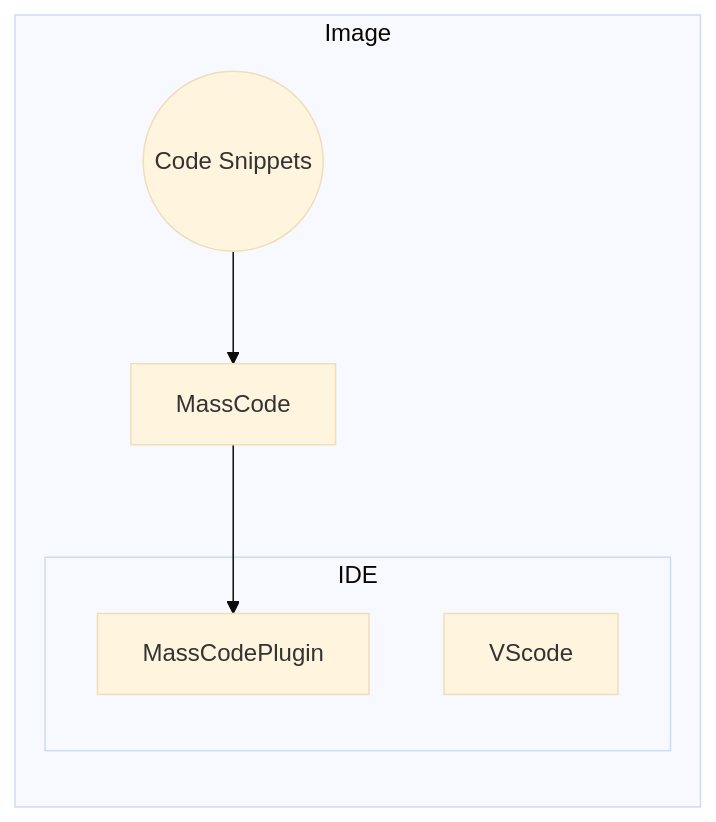
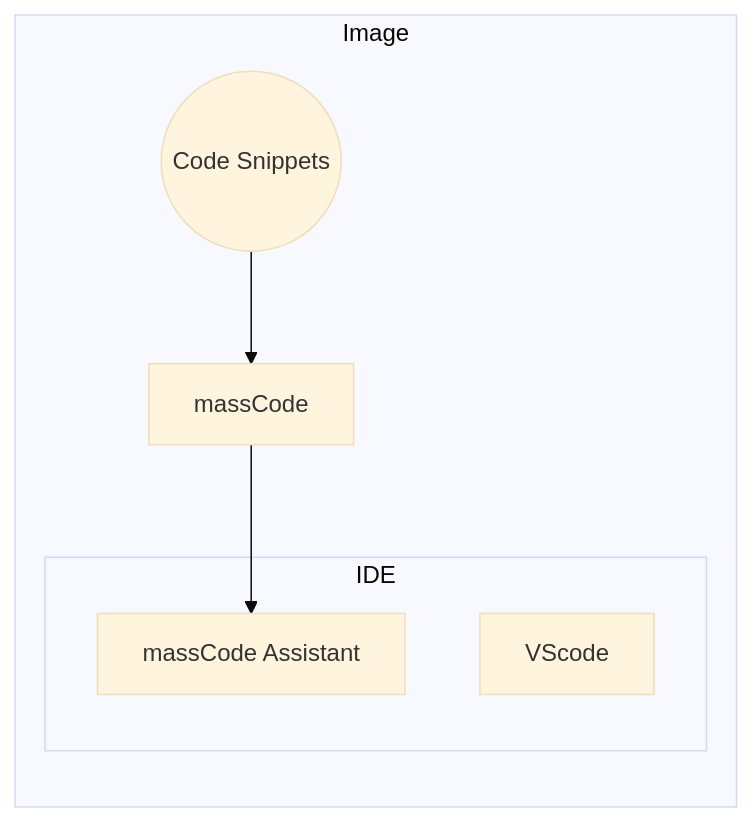
Before and after one commit to dxsooo/code-server-masscode: the diagram in README.md, drawn with Mermaid (base theme). The commit also changed other lines of this file, not shown here.

````diff
--- a/README.md
+++ b/README.md
@@ -5,11 +5,11 @@
 ```mermaid
 flowchart BT
 subgraph Image
 	subgraph IDE
-		MassCodePlugin
+		MassCodePlugin[massCode Assistant]
 		VScode
 	end
-	MassCode-->MassCodePlugin
-	CodeSnippets((Code Snippets))-->MassCode
+	massCode-->MassCodePlugin[massCode Assistant]
+	CodeSnippets((Code Snippets))-->massCode
 end
 ```
````
